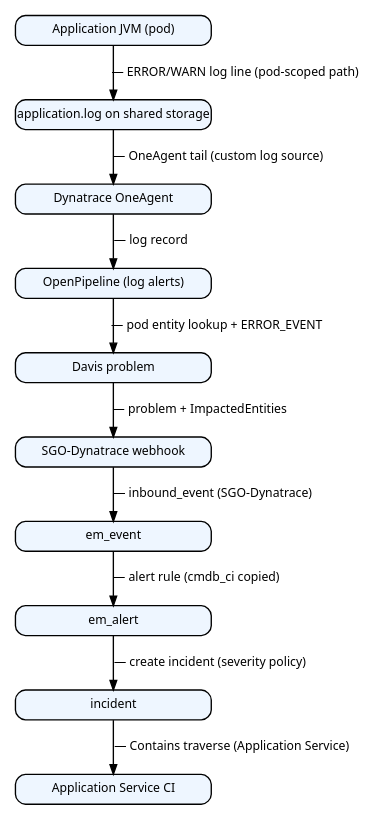
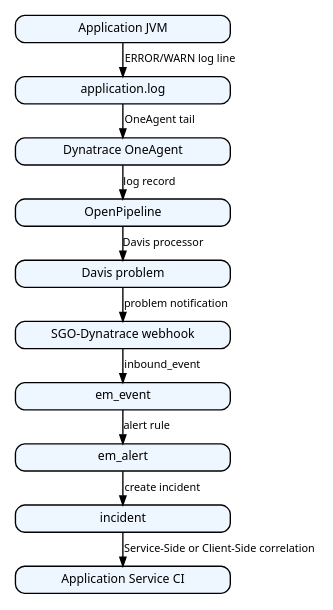
One commit to gxbrooks/spark-observability changed the first of 5 diagrams in servicenow/docs/Problem_to_Incident/Problem_to_Incident.adoc. Above: the diagram before and after it, drawn with Graphviz. The commit also changed other lines of this file and 17 other files, not shown here.

First line of the commit message:
Unify Log to Incident doc around Service-Side and Client-Side patterns.

```diff
--- a/servicenow/docs/Problem_to_Incident/Problem_to_Incident.adoc
+++ b/servicenow/docs/Problem_to_Incident/Problem_to_Incident.adoc
@@ -132,29 +109,29 @@
 [graphviz, Log_to_Incident_end-to-end_data_flow]
 ----
 digraph end_to_end_flow {
-  graph [rankdir=TB splines=line nodesep=0.25 ranksep=0.4 fontname="Noto Sans" fontsize=10]
-  node [shape=box style="rounded,filled" fillcolor="#eef6ff" fontname="Noto Sans" fontsize=9 width=2.0 fixedsize=true height=0.30]
-  edge [fontname="Noto Sans" fontsize=9 labelangle=-90 labeldistance=3.2 arrowsize=0.7]
+  graph [rankdir=TB splines=line nodesep=0.14 ranksep=0.20 fontname="Noto Sans" fontsize=10]
+  node [shape=box style="rounded,filled" fillcolor="#eef6ff" fontname="Noto Sans" fontsize=9 width=2.2 fixedsize=true height=0.28]
+  edge [fontname="Noto Sans" fontsize=8 labelangle=0 labeldistance=2.0 arrowsize=0.65]
 
-  App [label="Application JVM (pod)"]
-  Log [label="application.log on shared storage"]
+  App [label="Application JVM"]
+  Log [label="application.log"]
   OA [label="Dynatrace OneAgent"]
-  OP [label="OpenPipeline (log alerts)"]
+  OP [label="OpenPipeline"]
   Davis [label="Davis problem"]
   WH [label="SGO-Dynatrace webhook"]
   EV [label="em_event"]
   AL [label="em_alert"]
   INC [label="incident"]
   AS [label="Application Service CI"]
 
-  App -> Log [label="— ERROR/WARN log line (pod-scoped path)"]
-  Log -> OA [label="— OneAgent tail (custom log source)"]
-  OA -> OP [label="— log record"]
-  OP -> Davis [label="— pod entity lookup + ERROR_EVENT"]
-  Davis -> WH [label="— problem + ImpactedEntities"]
-  WH -> EV [label="— inbound_event (SGO-Dynatrace)"]
-  EV -> AL [label="— alert rule (cmdb_ci copied)"]
-  AL -> INC [label="— create incident (severity policy)"]
-  INC -> AS [label="— Contains traverse (Application Service)"]
+  App -> Log [label="ERROR/WARN log line"]
+  Log -> OA [label="OneAgent tail"]
+  OA -> OP [label="log record"]
+  OP -> Davis [label="Davis processor"]
+  Davis -> WH [label="problem notification"]
+  WH -> EV [label="inbound_event"]
+  EV -> AL [label="alert rule"]
+  AL -> INC [label="create incident"]
+  INC -> AS [label="Service-Side or Client-Side correlation"]
 }
 ----
```
